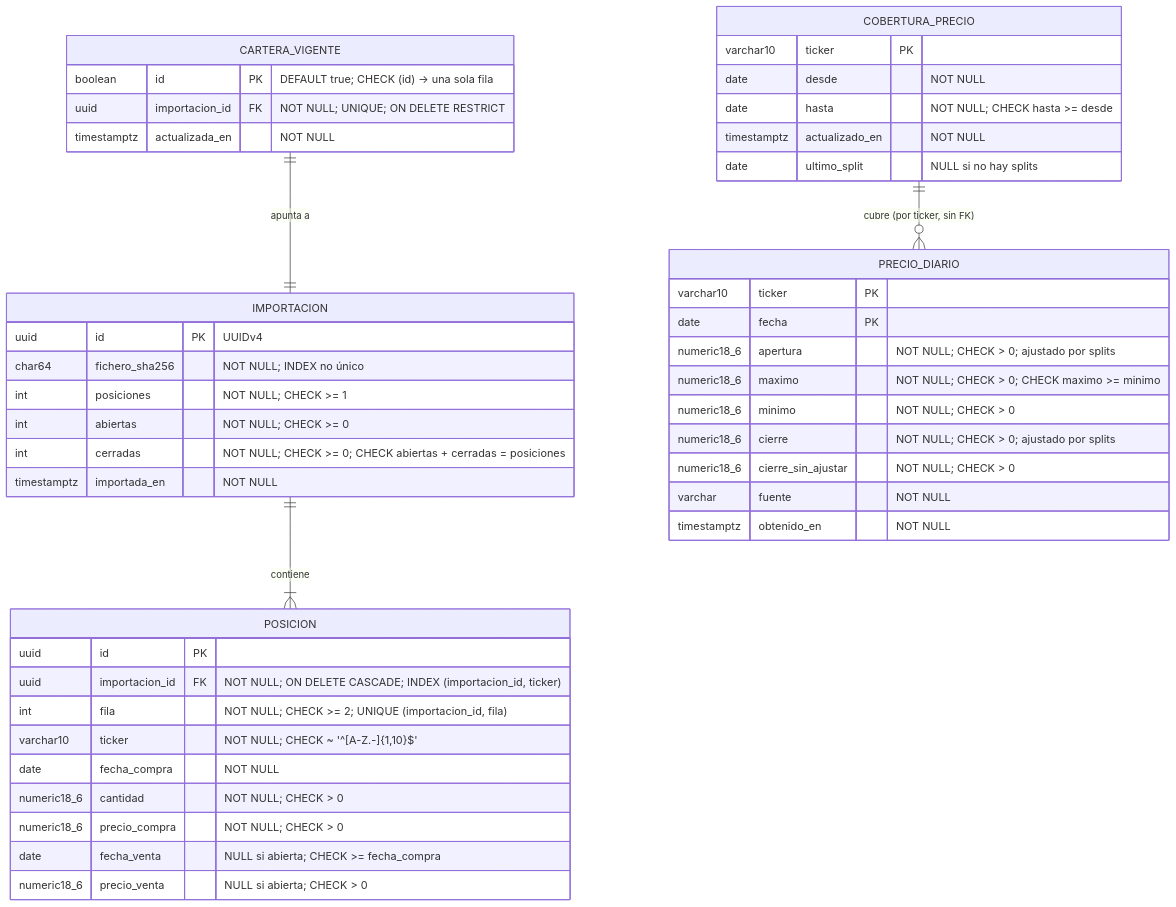
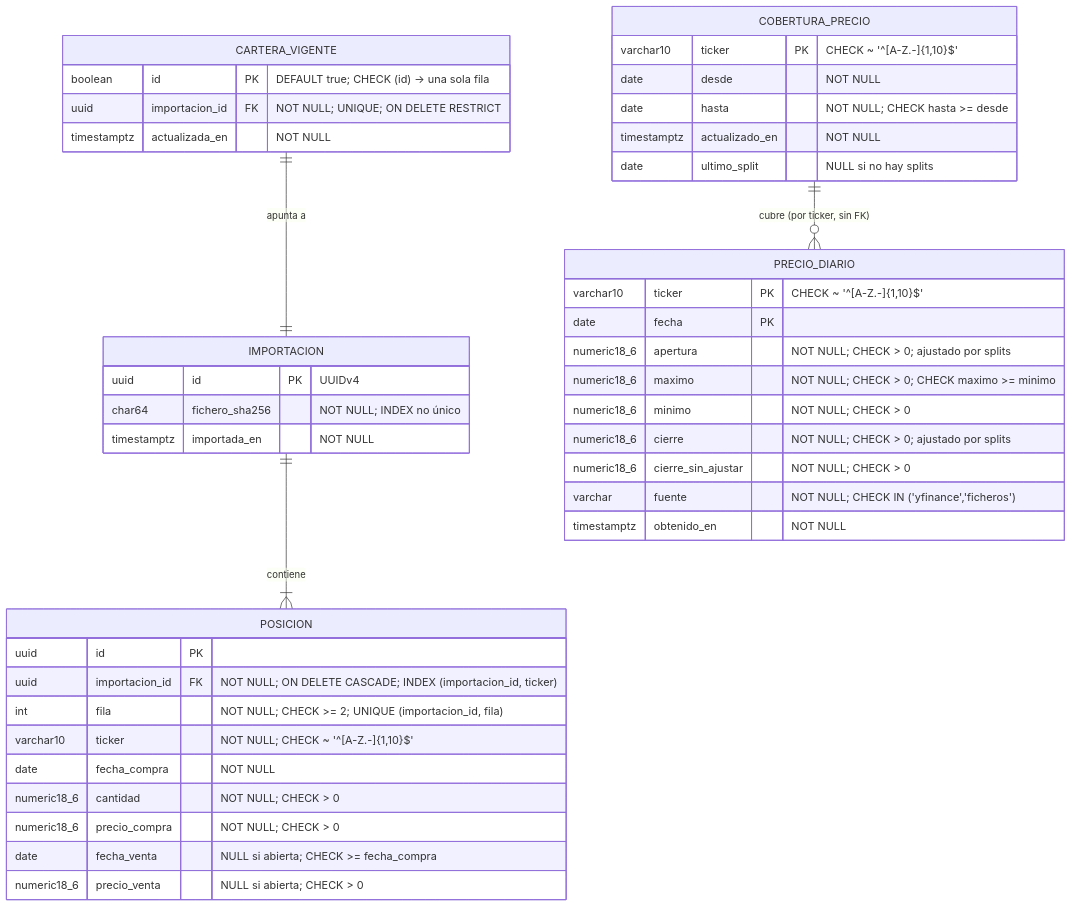
The diagram in openspec/changes/revisar-modelo-de-datos/design.md (mobiletestapplication/AI4Devs-finalproject), drawn with Mermaid before and after one commit. The commit also changed other lines of this file and 2 other files, not shown here.

````diff
--- a/openspec/changes/revisar-modelo-de-datos/design.md
+++ b/openspec/changes/revisar-modelo-de-datos/design.md
@@ -51,49 +78,46 @@
 ```mermaid
 erDiagram
     CARTERA_VIGENTE ||--|| IMPORTACION : "apunta a"
     IMPORTACION ||--|{ POSICION : "contiene"
     COBERTURA_PRECIO ||--o{ PRECIO_DIARIO : "cubre (por ticker, sin FK)"
 
     CARTERA_VIGENTE {
         boolean id PK "DEFAULT true; CHECK (id) -> una sola fila"
         uuid importacion_id FK "NOT NULL; UNIQUE; ON DELETE RESTRICT"
         timestamptz actualizada_en "NOT NULL"
     }
     IMPORTACION {
         uuid id PK "UUIDv4"
         char64 fichero_sha256 "NOT NULL; INDEX no único"
-        int posiciones "NOT NULL; CHECK >= 1"
-        int abiertas "NOT NULL; CHECK >= 0"
-        int cerradas "NOT NULL; CHECK >= 0; CHECK abiertas + cerradas = posiciones"
         timestamptz importada_en "NOT NULL"
     }
     POSICION {
         uuid id PK
         uuid importacion_id FK "NOT NULL; ON DELETE CASCADE; INDEX (importacion_id, ticker)"
         int fila "NOT NULL; CHECK >= 2; UNIQUE (importacion_id, fila)"
         varchar10 ticker "NOT NULL; CHECK ~ '^[A-Z.-]{1,10}$'"
         date fecha_compra "NOT NULL"
         numeric18_6 cantidad "NOT NULL; CHECK > 0"
         numeric18_6 precio_compra "NOT NULL; CHECK > 0"
         date fecha_venta "NULL si abierta; CHECK >= fecha_compra"
         numeric18_6 precio_venta "NULL si abierta; CHECK > 0"
     }
     PRECIO_DIARIO {
-        varchar10 ticker PK
+        varchar10 ticker PK "CHECK ~ '^[A-Z.-]{1,10}$'"
         date fecha PK
         numeric18_6 apertura "NOT NULL; CHECK > 0; ajustado por splits"
         numeric18_6 maximo "NOT NULL; CHECK > 0; CHECK maximo >= minimo"
         numeric18_6 minimo "NOT NULL; CHECK > 0"
         numeric18_6 cierre "NOT NULL; CHECK > 0; ajustado por splits"
         numeric18_6 cierre_sin_ajustar "NOT NULL; CHECK > 0"
-        varchar fuente "NOT NULL"
+        varchar fuente "NOT NULL; CHECK IN ('yfinance','ficheros')"
         timestamptz obtenido_en "NOT NULL"
     }
     COBERTURA_PRECIO {
-        varchar10 ticker PK
+        varchar10 ticker PK "CHECK ~ '^[A-Z.-]{1,10}$'"
         date desde "NOT NULL"
         date hasta "NOT NULL; CHECK hasta >= desde"
         timestamptz actualizado_en "NOT NULL"
         date ultimo_split "NULL si no hay splits"
     }
 ```
````
